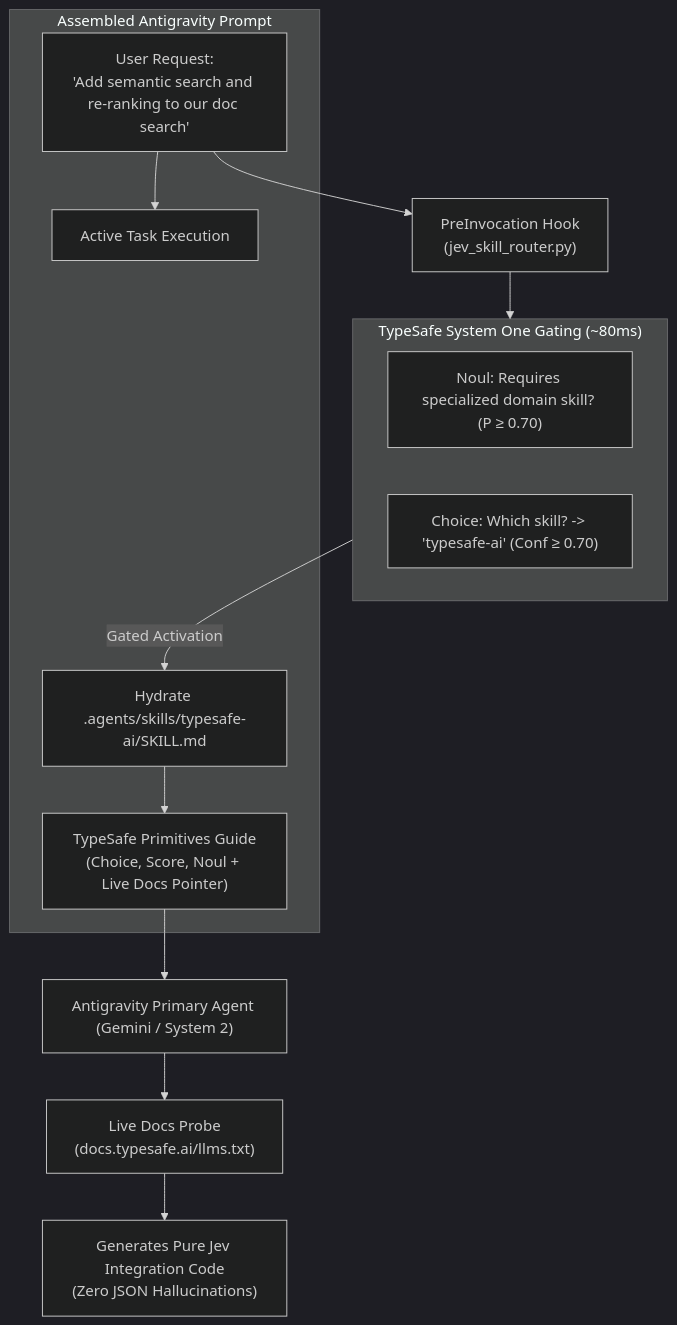
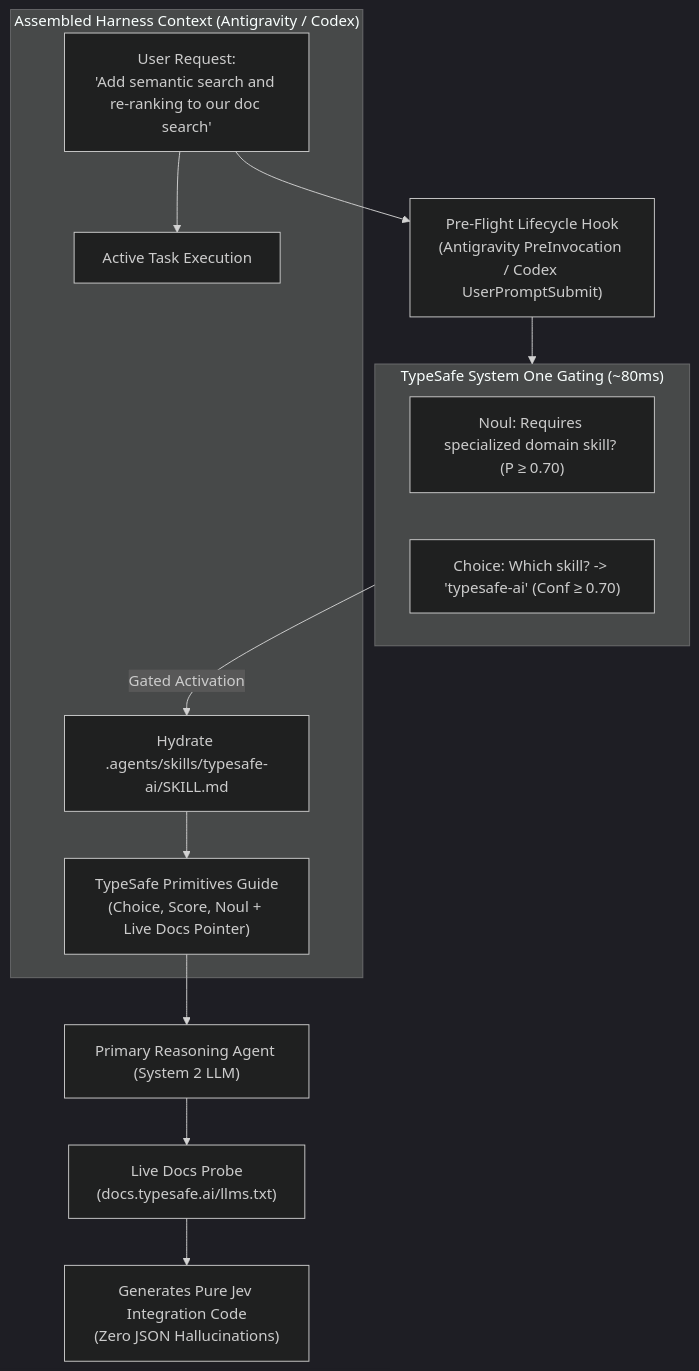
The diagram in docs/proposals/RFC-19_EXT_official_agent_skill_port.md (Ajasra/jev-hooks), drawn with Mermaid (dark theme) before and after one commit. The commit also changed other lines of this file and 7 other files, not shown here.

Commit message:
docs: harmonize implemented proposals for multi-harness runtime (Antigravity & Codex)

````diff
--- a/docs/proposals/RFC-19_EXT_official_agent_skill_port.md
+++ b/docs/proposals/RFC-19_EXT_official_agent_skill_port.md
@@ -37,21 +37,21 @@
 ```mermaid
 flowchart TD
-    UserQuery["User Request:<br/>'Add semantic search and re-ranking to our doc search'"] --> Hook_PreInv["PreInvocation Hook<br/>(jev_skill_router.py)"]
+    UserQuery["User Request:<br/>'Add semantic search and re-ranking to our doc search'"] --> Hook_PreInv["Pre-Flight Lifecycle Hook<br/>(Antigravity PreInvocation / Codex UserPromptSubmit)"]
 
     subgraph JevSystemOne ["TypeSafe System One Gating (~80ms)"]
         RequiresSkill["Noul: Requires specialized domain skill? (P ≥ 0.70)"]
         SelectedSkill["Choice: Which skill? -> 'typesafe-ai' (Conf ≥ 0.70)"]
     end
 
     Hook_PreInv --> JevSystemOne
     JevSystemOne -->|Gated Activation| HydrateSkill["Hydrate .agents/skills/typesafe-ai/SKILL.md"]
 
-    subgraph AntigravityContext ["Assembled Antigravity Prompt"]
+    subgraph HarnessContext ["Assembled Harness Context (Antigravity / Codex)"]
         HydrateSkill --> InjectedGuide["TypeSafe Primitives Guide<br/>(Choice, Score, Noul + Live Docs Pointer)"]
         UserQuery --> ActiveTask["Active Task Execution"]
     end
 
-    InjectedGuide --> PrimaryPlanner["Antigravity Primary Agent (Gemini / System 2)"]
+    InjectedGuide --> PrimaryPlanner["Primary Reasoning Agent (System 2 LLM)"]
     PrimaryPlanner --> LiveDocs["Live Docs Probe<br/>(docs.typesafe.ai/llms.txt)"]
     LiveDocs --> CodeGeneration["Generates Pure Jev Integration Code<br/>(Zero JSON Hallucinations)"]
 ```
````
